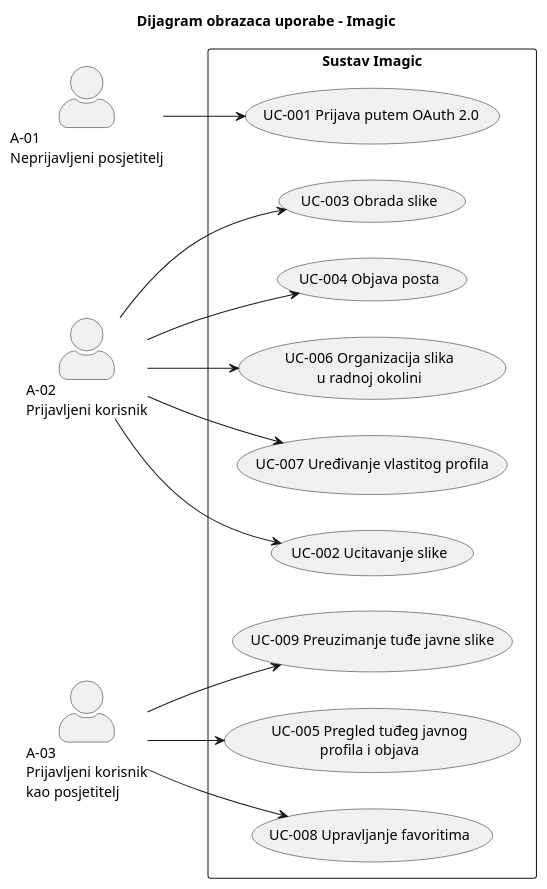
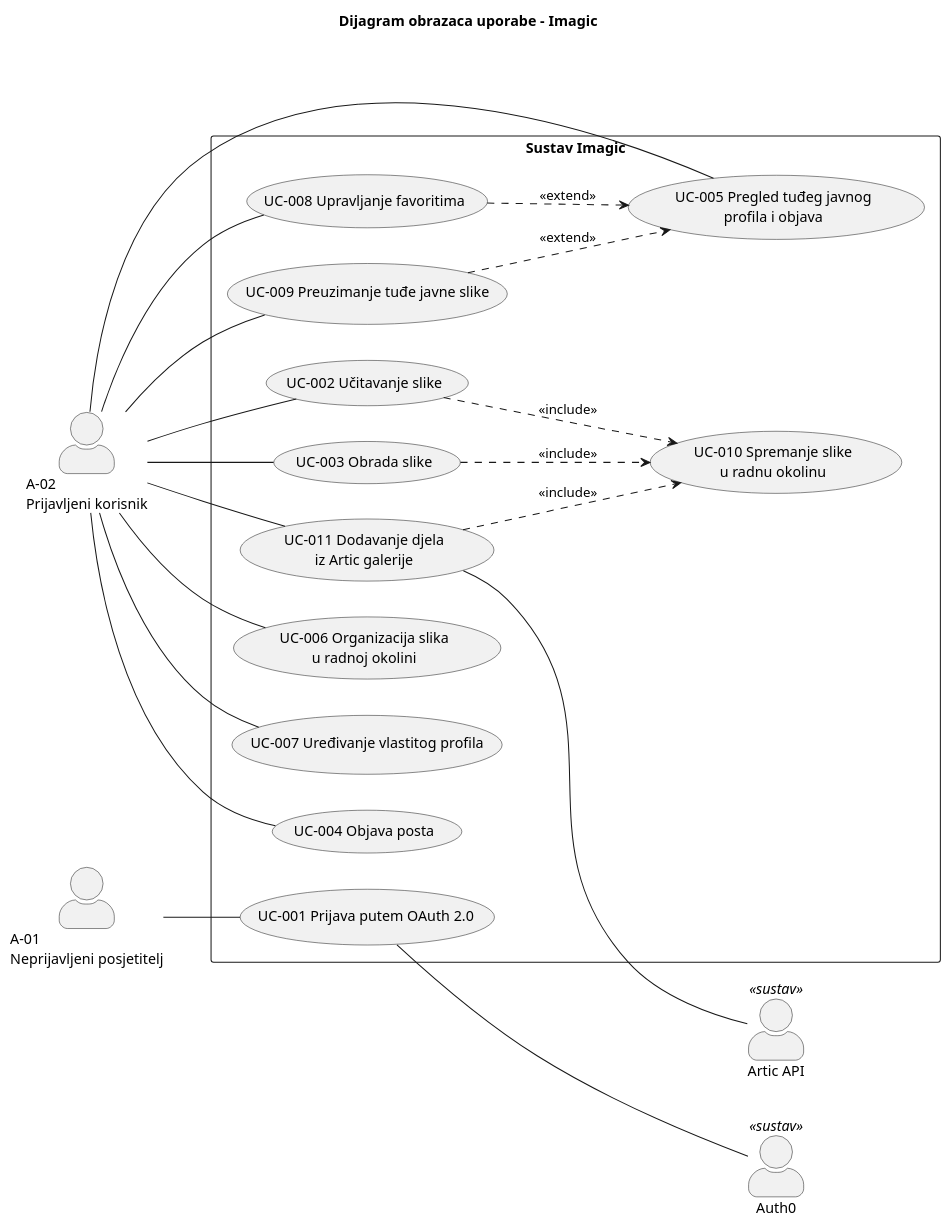
Before and after one commit to LeonIvetic/Imagic_Tim_3.2: the diagram in docs/obrasci-uporabe.puml, drawn with PlantUML. The commit also changed 5 other files, not shown here.

```diff
--- a/docs/obrasci-uporabe.puml
+++ b/docs/obrasci-uporabe.puml
@@ -1,37 +1,58 @@
 @startuml
 left to right direction
 skinparam actorStyle awesome
+skinparam packageStyle rectangle
 
 title Dijagram obrazaca uporabe – Imagic
 
+' ===== Sekundarni akteri – vanjski sustavi (desno) =====
+' Deklarirani prvi jer tako Graphviz ne presijeca linije.
+actor "Auth0" as AUTH0 <<sustav>>
+actor "Artic API" as ARTIC <<sustav>>
+
+' ===== Primarni akteri (lijevo) =====
 actor "A-01\nNeprijavljeni posjetitelj" as A01
 actor "A-02\nPrijavljeni korisnik" as A02
-actor "A-03\nPrijavljeni korisnik\nkao posjetitelj" as A03
 
 rectangle "Sustav Imagic" {
     usecase "UC-001 Prijava putem OAuth 2.0" as UC001
-    usecase "UC-002 Ucitavanje slike" as UC002
+
+    usecase "UC-002 Učitavanje slike" as UC002
     usecase "UC-003 Obrada slike" as UC003
+    usecase "UC-010 Spremanje slike\nu radnu okolinu" as UC010
+    usecase "UC-006 Organizacija slika\nu radnoj okolini" as UC006
+
+    usecase "UC-007 Uređivanje vlastitog profila" as UC007
     usecase "UC-004 Objava posta" as UC004
+
     usecase "UC-005 Pregled tuđeg javnog\nprofila i objava" as UC005
-    usecase "UC-006 Organizacija slika\nu radnoj okolini" as UC006
-    usecase "UC-007 Uređivanje vlastitog profila" as UC007
     usecase "UC-008 Upravljanje favoritima" as UC008
     usecase "UC-009 Preuzimanje tuđe javne slike" as UC009
+
+    usecase "UC-011 Dodavanje djela\niz Artic galerije" as UC011
 }
 
-' A-01 Neprijavljeni posjetitelj
-A01 --> UC001
+' ===== Asocijacije aktera (UML: bez strelica) =====
+A01 -- UC001
+UC001 -- AUTH0
 
-' A-02 Prijavljeni korisnik
-A02 --> UC002
-A02 --> UC003
-A02 --> UC004
-A02 --> UC006
-A02 --> UC007
+A02 -- UC002
+A02 -- UC003
+A02 -- UC006
+A02 -- UC007
+A02 -- UC004
+A02 -- UC005
+A02 -- UC008
+A02 -- UC009
+A02 -- UC011
+UC011 -- ARTIC
 
-' A-03 Prijavljeni korisnik kao posjetitelj
-A03 --> UC005
-A03 --> UC008
-A03 --> UC009
+' ===== <<include>> =====
+UC002 ..> UC010 : <<include>>
+UC003 ..> UC010 : <<include>>
+UC011 ..> UC010 : <<include>>
+
+' ===== <<extend>> =====
+UC008 ..> UC005 : <<extend>>
+UC009 ..> UC005 : <<extend>>
 @enduml
```
